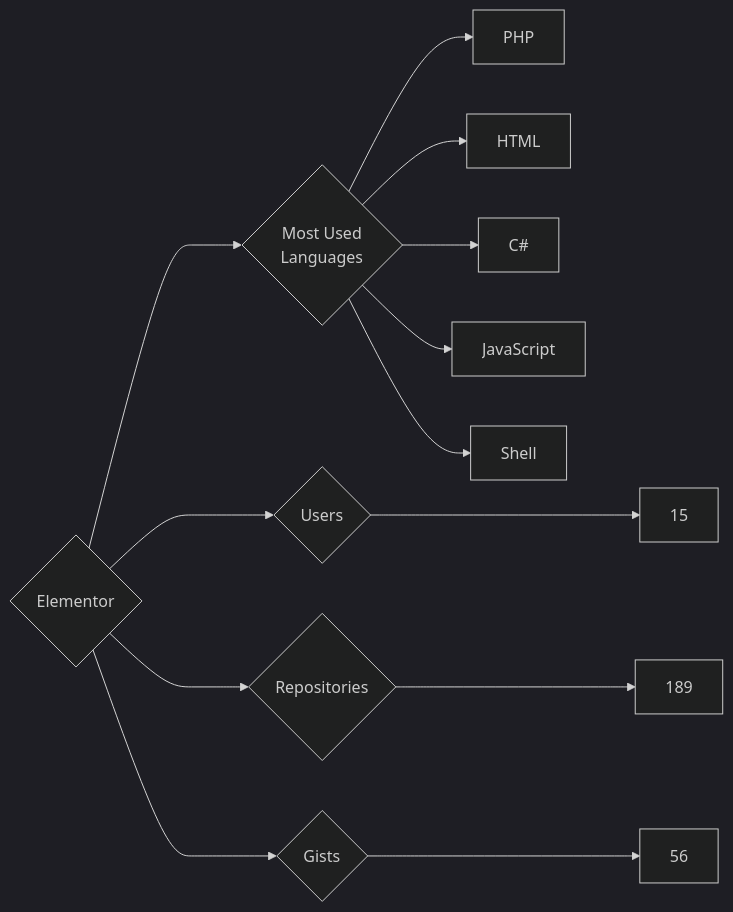
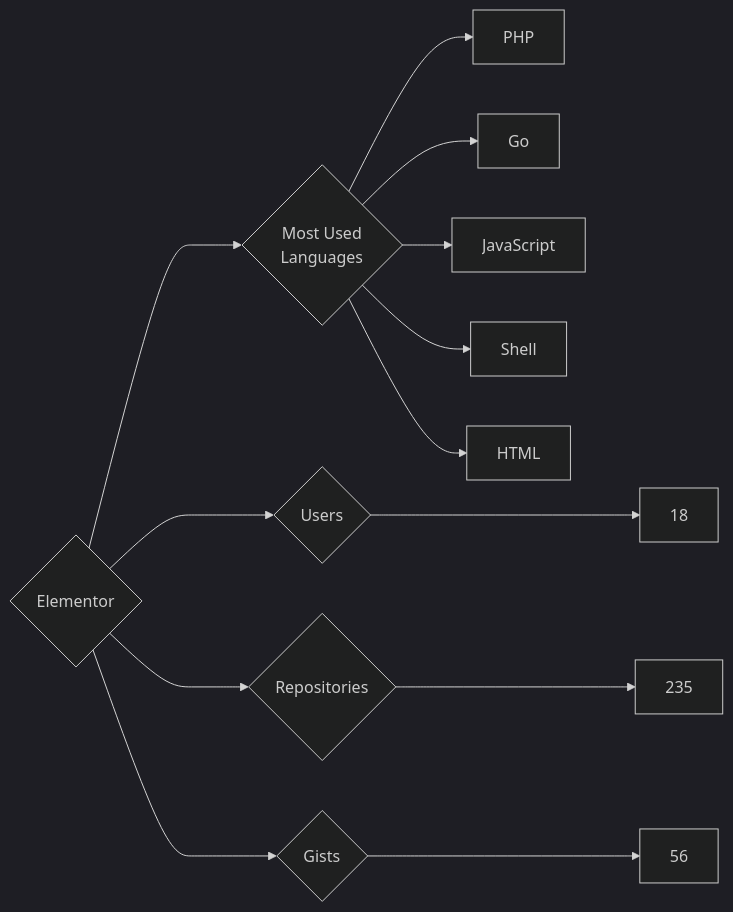
The diagram in targets/Elementor/README.md (trickest/insiders), drawn with Mermaid (dark theme) before and after one commit. The commit also changed 874 other files, not shown here.

````diff
--- a/targets/Elementor/README.md
+++ b/targets/Elementor/README.md
@@ -3,13 +3,13 @@
 ```mermaid
 graph LR
 COMPANY_NAME{Elementor}
-COMPANY_NAME ---> U{Users} ---> UN[15]
-COMPANY_NAME ---> R{Repositories} ---> RN[189]
+COMPANY_NAME ---> U{Users} ---> UN[18]
+COMPANY_NAME ---> R{Repositories} ---> RN[235]
 COMPANY_NAME ---> G{Gists} ---> GN[56]
 COMPANY_NAME ---> ML{Most Used<br>Languages}
 ML --> PHP[PHP]
-ML --> HTML[HTML]
-ML --> C#[C#]
+ML --> Go[Go]
 ML --> JavaScript[JavaScript]
 ML --> Shell[Shell]
+ML --> HTML[HTML]
 ```
````
